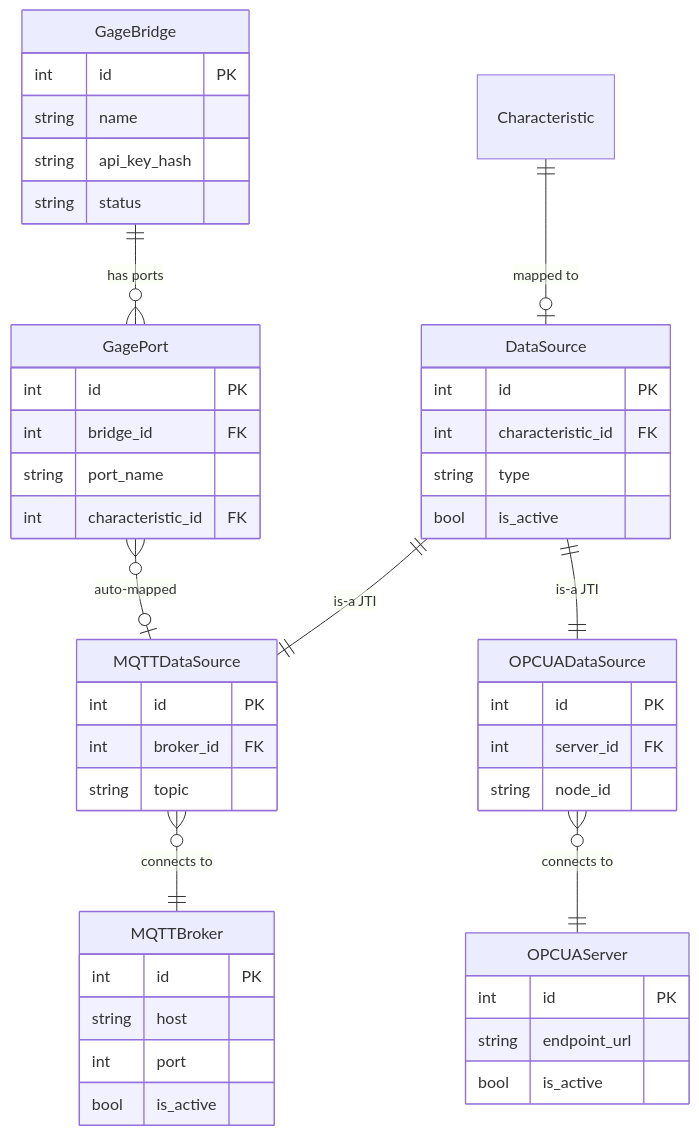
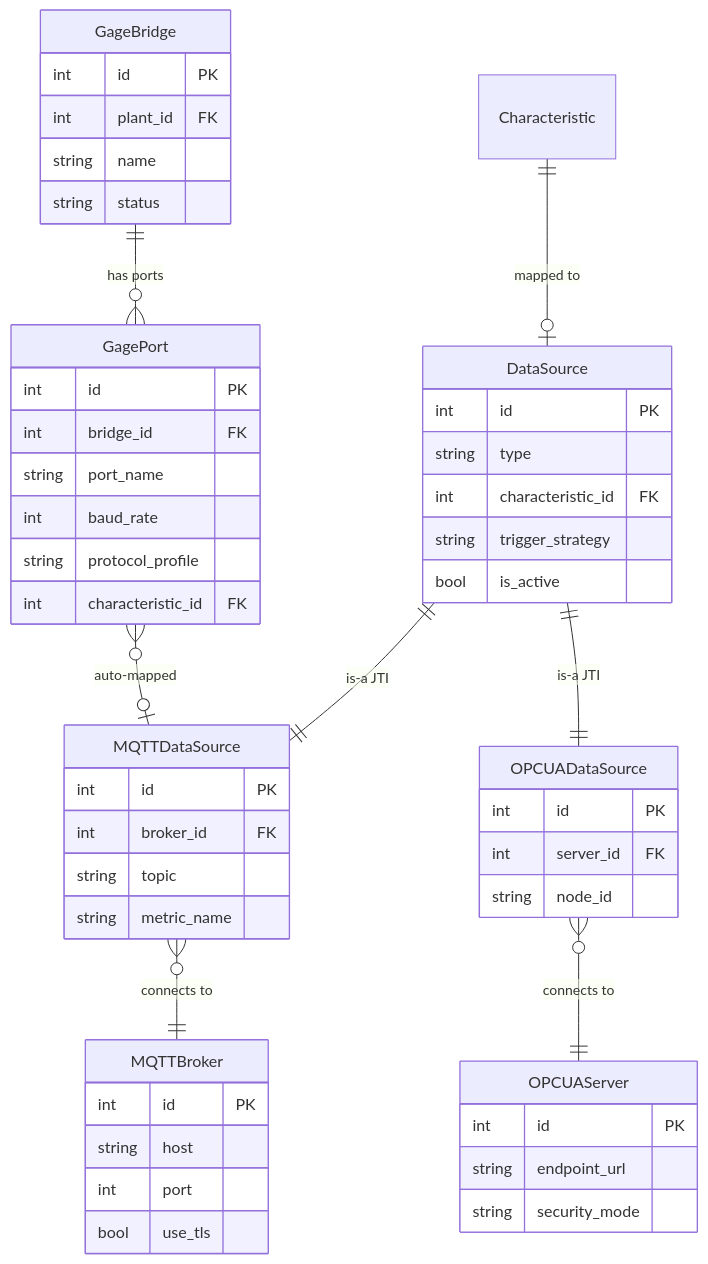
One commit to saturnis-io/cassini changed the second of 2 diagrams in .knowledge/features/connectivity.md. Above: the diagram before and after it, drawn with Mermaid. The commit also changed other lines of this file and 16 other files, not shown here.

First line of the commit message:
knowledge-graph: regenerate

````diff
--- a/.knowledge/features/connectivity.md
+++ b/.knowledge/features/connectivity.md
@@ -32,49 +32,53 @@
 ```mermaid
 erDiagram
     Characteristic ||--o| DataSource : "mapped to"
+    DataSource {
+        int id PK
+        string type
+        int characteristic_id FK
+        string trigger_strategy
+        bool is_active
+    }
     DataSource ||--|| MQTTDataSource : "is-a JTI"
     DataSource ||--|| OPCUADataSource : "is-a JTI"
-    MQTTDataSource }o--|| MQTTBroker : "connects to"
-    OPCUADataSource }o--|| OPCUAServer : "connects to"
-    GageBridge ||--o{ GagePort : "has ports"
-    GagePort }o--o| MQTTDataSource : "auto-mapped"
-    DataSource {
-        int id PK
-        int characteristic_id FK
-        string type
-        bool is_active
-    }
     MQTTDataSource {
         int id PK
         int broker_id FK
         string topic
+        string metric_name
+    }
+    MQTTDataSource }o--|| MQTTBroker : "connects to"
+    MQTTBroker {
+        int id PK
+        string host
+        int port
+        bool use_tls
     }
     OPCUADataSource {
         int id PK
         int server_id FK
         string node_id
     }
-    MQTTBroker {
-        int id PK
-        string host
-        int port
-        bool is_active
-    }
+    OPCUADataSource }o--|| OPCUAServer : "connects to"
     OPCUAServer {
         int id PK
         string endpoint_url
-        bool is_active
+        string security_mode
     }
+    GageBridge ||--o{ GagePort : "has ports"
     GageBridge {
         int id PK
+        int plant_id FK
         string name
-        string api_key_hash
         string status
     }
     GagePort {
         int id PK
         int bridge_id FK
         string port_name
+        int baud_rate
+        string protocol_profile
         int characteristic_id FK
     }
+    GagePort }o--o| MQTTDataSource : "auto-mapped"
 ```
````
